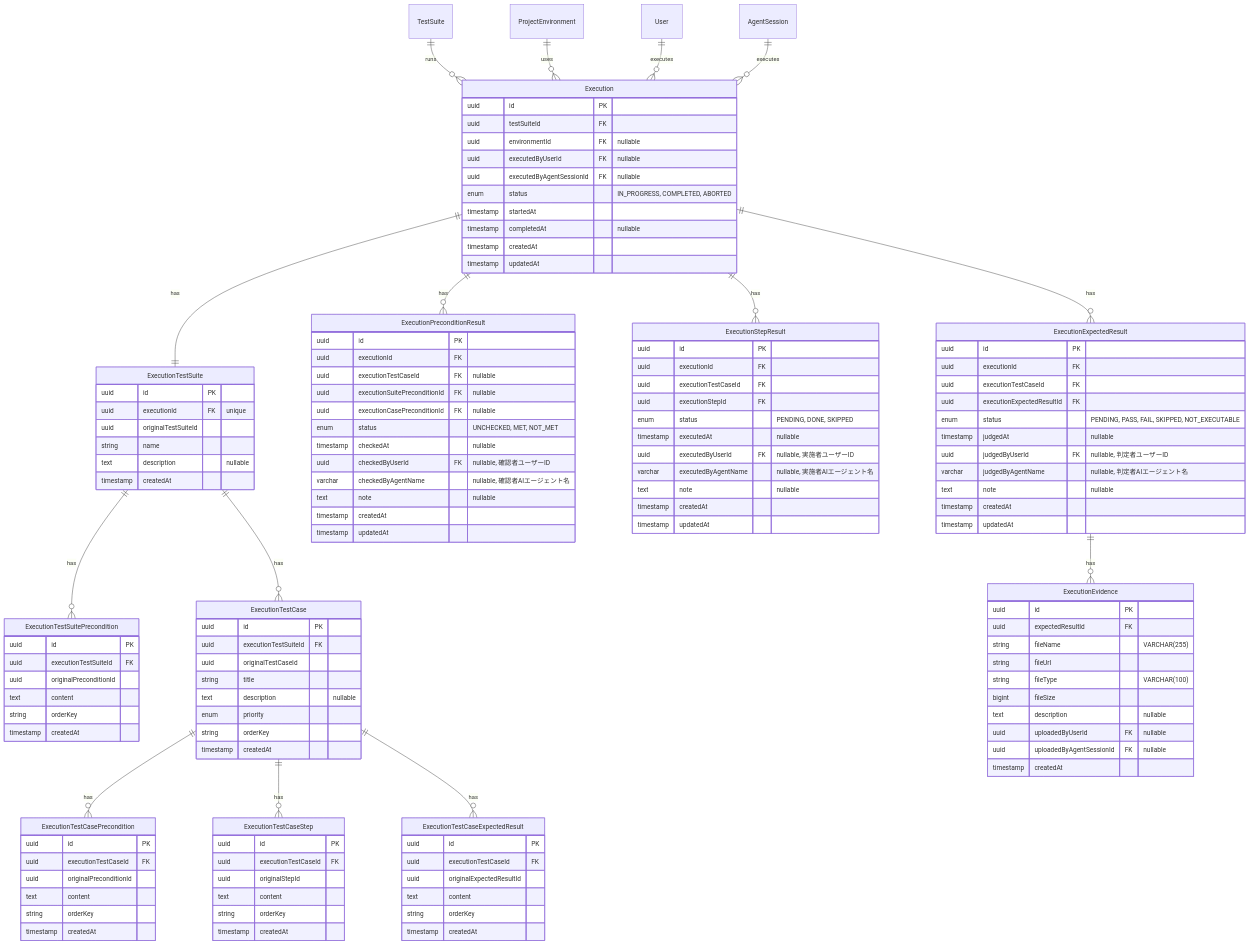
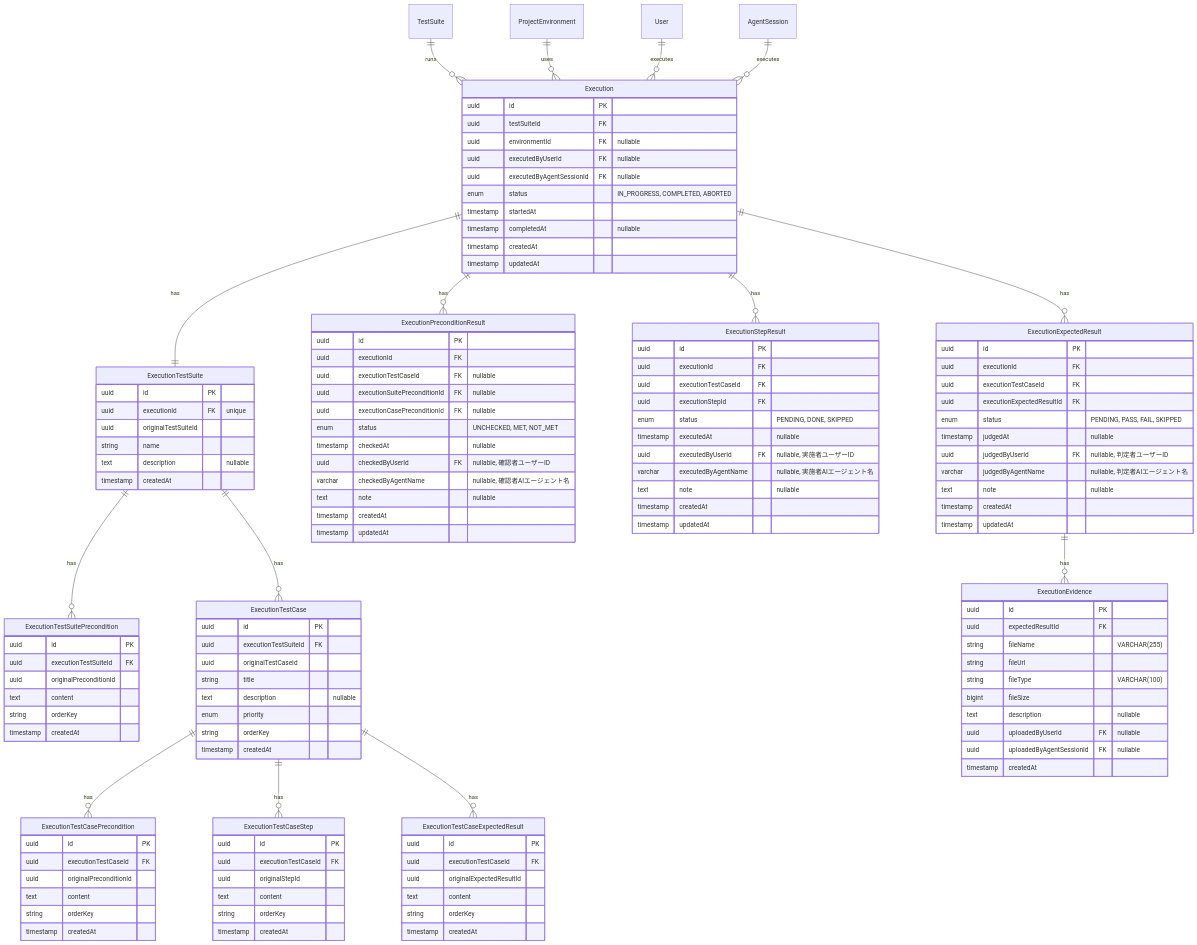
One commit to tsutsumi389/agentest changed the sixth of 6 diagrams in docs/architecture/features/test-execution.md. Above: the diagram before and after it, drawn with Mermaid. The commit also changed other lines of this file and 6 other files, not shown here.

```diff
--- a/docs/architecture/features/test-execution.md
+++ b/docs/architecture/features/test-execution.md
@@ -421,7 +420,7 @@
         uuid executionId FK
         uuid executionTestCaseId FK
         uuid executionExpectedResultId FK
-        enum status "PENDING, PASS, FAIL, SKIPPED, NOT_EXECUTABLE"
+        enum status "PENDING, PASS, FAIL, SKIPPED"
         timestamp judgedAt "nullable"
         uuid judgedByUserId FK "nullable, 判定者ユーザーID"
         varchar judgedByAgentName "nullable, 判定者AIエージェント名"
```
